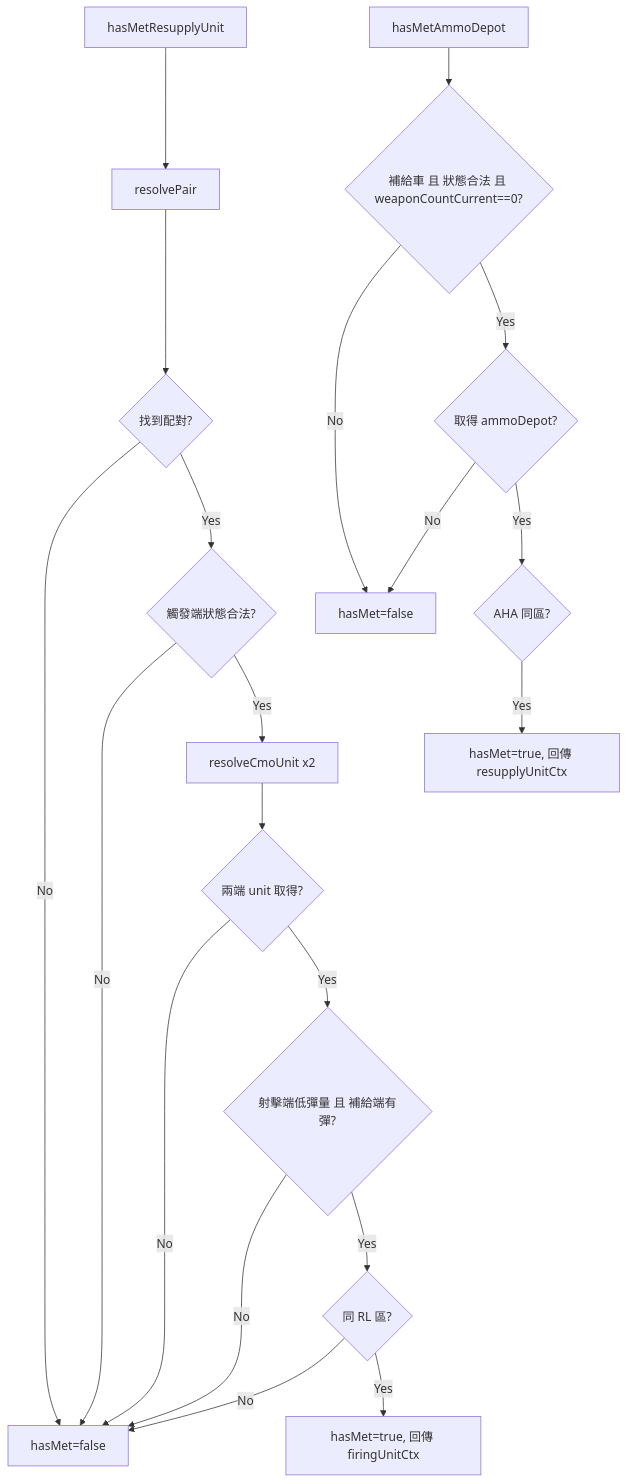
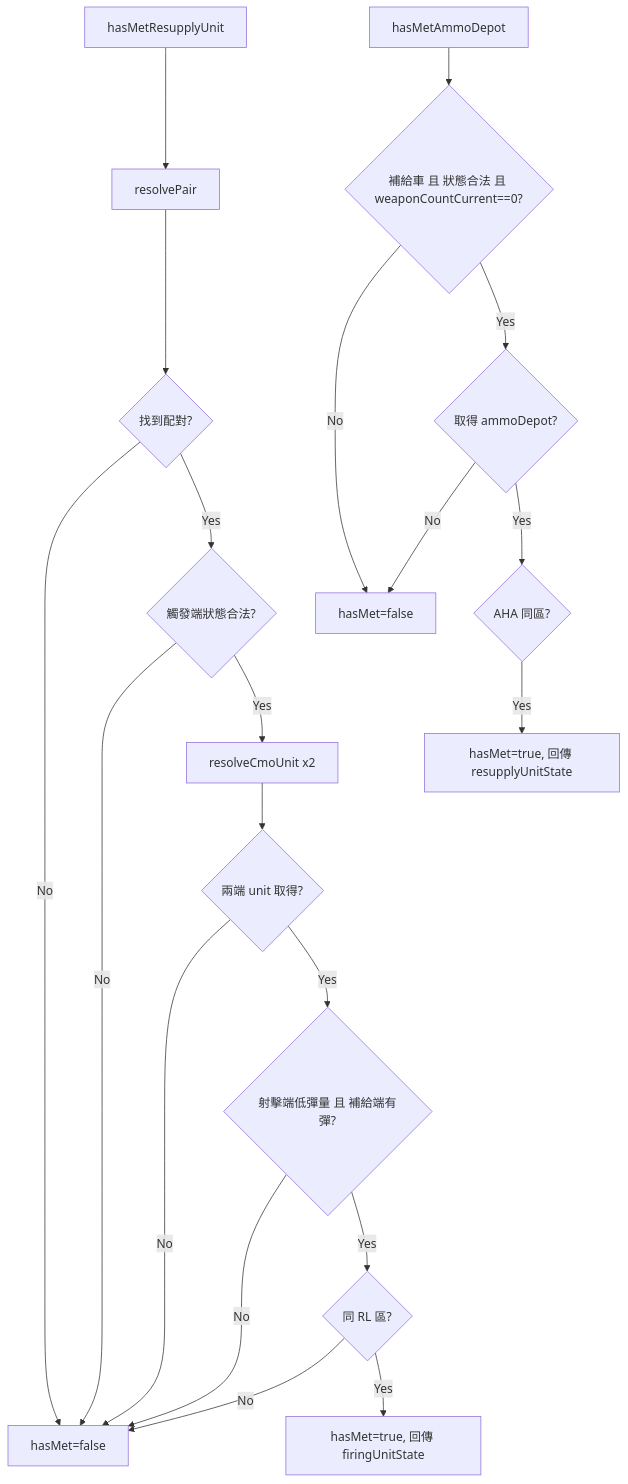
One commit to pullupjumper/formosa-in-flames changed the diagram in docs/missileSystem/meeting.md. Above: the diagram before and after it, drawn with Mermaid. The commit also changed other lines of this file and 67 other files, not shown here.

````diff
--- a/docs/missileSystem/meeting.md
+++ b/docs/missileSystem/meeting.md
@@ -30,23 +30,23 @@
 ```mermaid
 flowchart TD
     A[hasMetResupplyUnit] --> B[resolvePair]
     B --> C{找到配對?}
     C -->|No| X1[hasMet=false]
     C -->|Yes| D{觸發端狀態合法?}
     D -->|No| X1
     D -->|Yes| E[resolveCmoUnit x2]
     E --> F{兩端 unit 取得?}
     F -->|No| X1
     F -->|Yes| G{射擊端低彈量 且 補給端有彈?}
     G -->|No| X1
     G -->|Yes| H{同 RL 區?}
     H -->|No| X1
-    H -->|Yes| I[hasMet=true, 回傳 firingUnitCtx]
+    H -->|Yes| I[hasMet=true, 回傳 firingUnitState]
 
     J[hasMetAmmoDepot] --> K{補給車 且 狀態合法 且 weaponCountCurrent==0?}
     K -->|No| X2[hasMet=false]
     K -->|Yes| L{取得 ammoDepot?}
     L -->|No| X2
     L -->|Yes| M{AHA 同區?}
-    M -->|Yes| N[hasMet=true, 回傳 resupplyUnitCtx]
+    M -->|Yes| N[hasMet=true, 回傳 resupplyUnitState]
 ```
````
